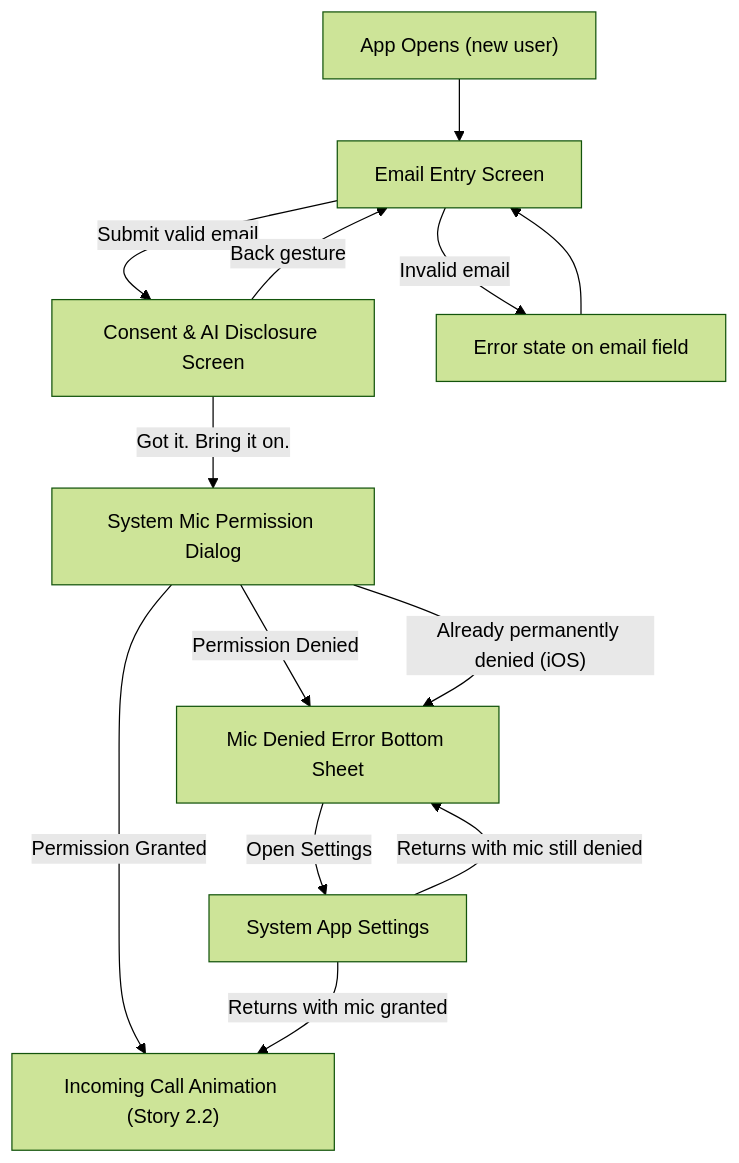
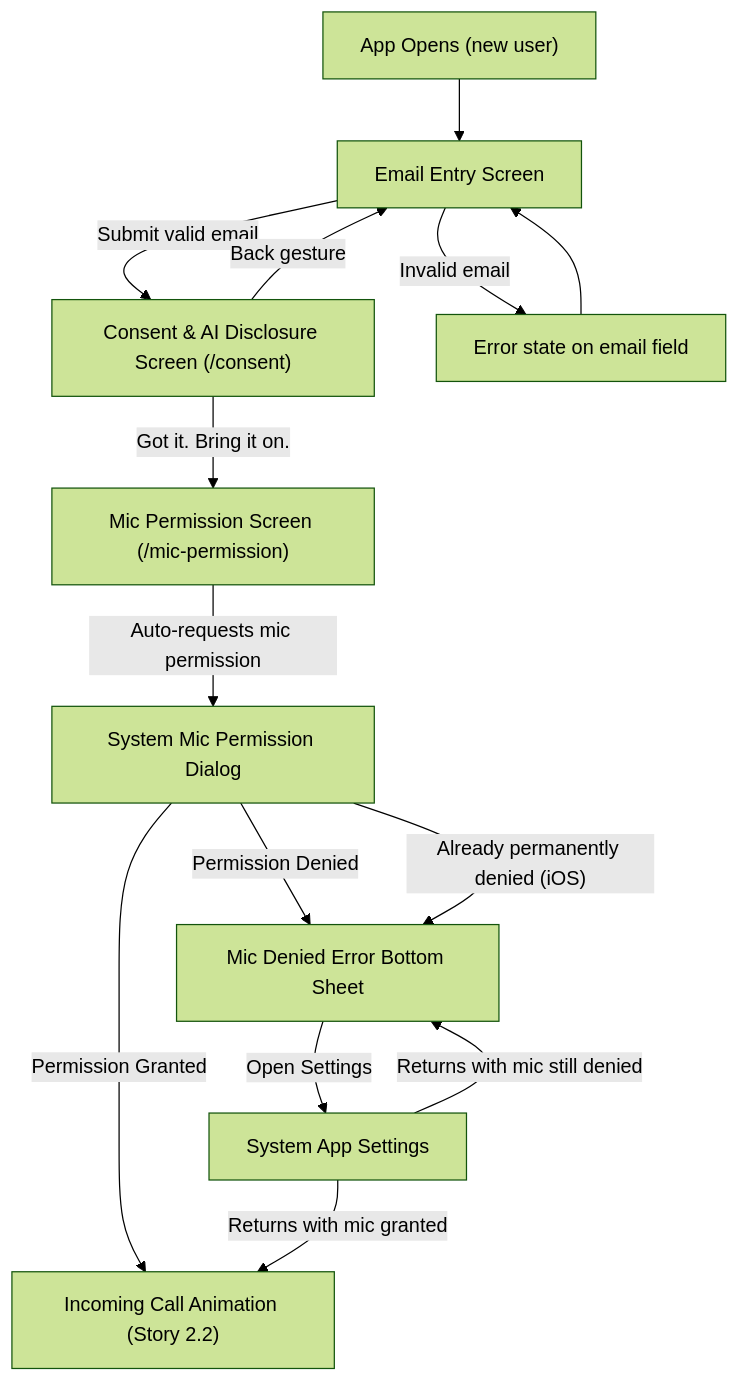
Before and after one commit to GuetarniWalid/SurviveTheTalk: the diagram in _bmad-output/planning-artifacts/onboarding-screen-designs.md, drawn with Mermaid (forest theme). The commit also changed other lines of this file and 24 other files, not shown here.

First line of the commit message:
feat: implement consent, AI disclosure, and mic permission flow (Story 4.4)

````diff
--- a/_bmad-output/planning-artifacts/onboarding-screen-designs.md
+++ b/_bmad-output/planning-artifacts/onboarding-screen-designs.md
@@ -497,17 +497,18 @@
 ```mermaid
 flowchart TD
     A["App Opens (new user)"] --> B["Email Entry Screen"]
-    B -->|"Submit valid email"| C["Consent & AI Disclosure Screen"]
+    B -->|"Submit valid email"| C["Consent & AI Disclosure Screen (/consent)"]
     B -->|"Invalid email"| B1["Error state on email field"]
     B1 --> B
 
-    C -->|"Got it. Bring it on."| D["System Mic Permission Dialog"]
+    C -->|"Got it. Bring it on."| M["Mic Permission Screen (/mic-permission)"]
     C -->|"Back gesture"| B
 
+    M -->|"Auto-requests mic permission"| D["System Mic Permission Dialog"]
     D -->|"Permission Granted"| E["Incoming Call Animation (Story 2.2)"]
     D -->|"Permission Denied"| F["Mic Denied Error Bottom Sheet"]
     D -->|"Already permanently denied (iOS)"| F
     F -->|"Open Settings"| D2["System App Settings"]
     D2 -->|"Returns with mic granted"| E
     D2 -->|"Returns with mic still denied"| F
 ```
````
